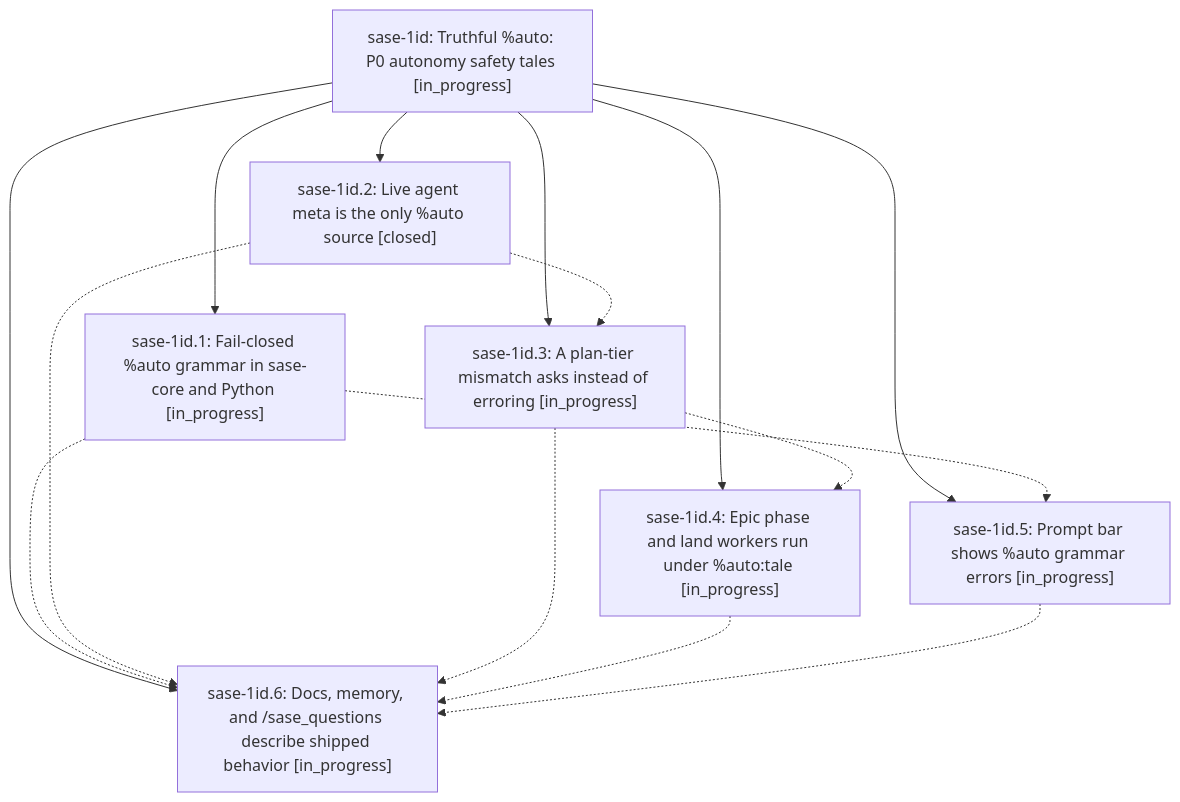
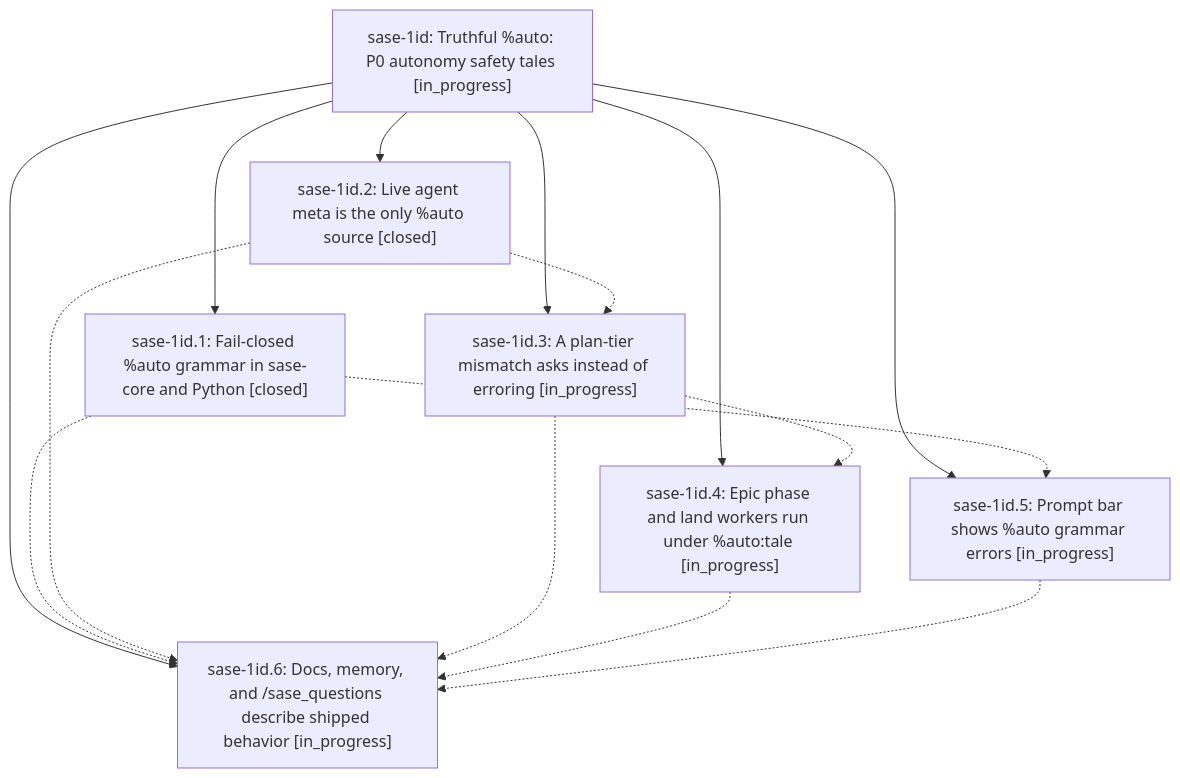
The diagram in pages/sase-1id/README.md (sase-org/sase--beads), drawn with Mermaid before and after one commit. The commit also changed other lines of this file and 4 other files, not shown here.

````diff
--- a/pages/sase-1id/README.md
+++ b/pages/sase-1id/README.md
@@ -39,24 +39,24 @@
 ```mermaid
 flowchart TD
     n0["sase-1id: Truthful %auto: P0 autonomy safety tales [in_progress]"]
-    n1["sase-1id.1: Fail-closed %auto grammar in sase-core and Python [in_progress]"]
+    n1["sase-1id.1: Fail-closed %auto grammar in sase-core and Python [closed]"]
     n2["sase-1id.2: Live agent meta is the only %auto source [closed]"]
     n3["sase-1id.3: A plan-tier mismatch asks instead of erroring [in_progress]"]
     n4["sase-1id.4: Epic phase and land workers run under %auto:tale [in_progress]"]
     n5["sase-1id.5: Prompt bar shows %auto grammar errors [in_progress]"]
     n6["sase-1id.6: Docs, memory, and /sase_questions describe shipped behavior [in_progress]"]
     n0 --> n1
     n0 --> n2
     n0 --> n3
     n0 --> n4
     n0 --> n5
     n0 --> n6
     n1 -.-> n5
     n1 -.-> n6
     n2 -.-> n3
     n2 -.-> n6
     n3 -.-> n4
     n3 -.-> n6
     n4 -.-> n6
     n5 -.-> n6
 ```
````
